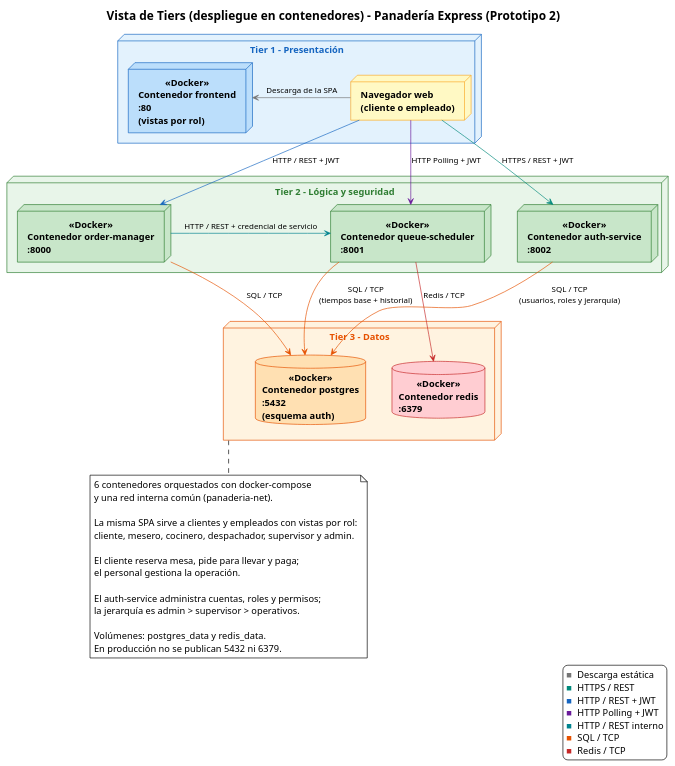
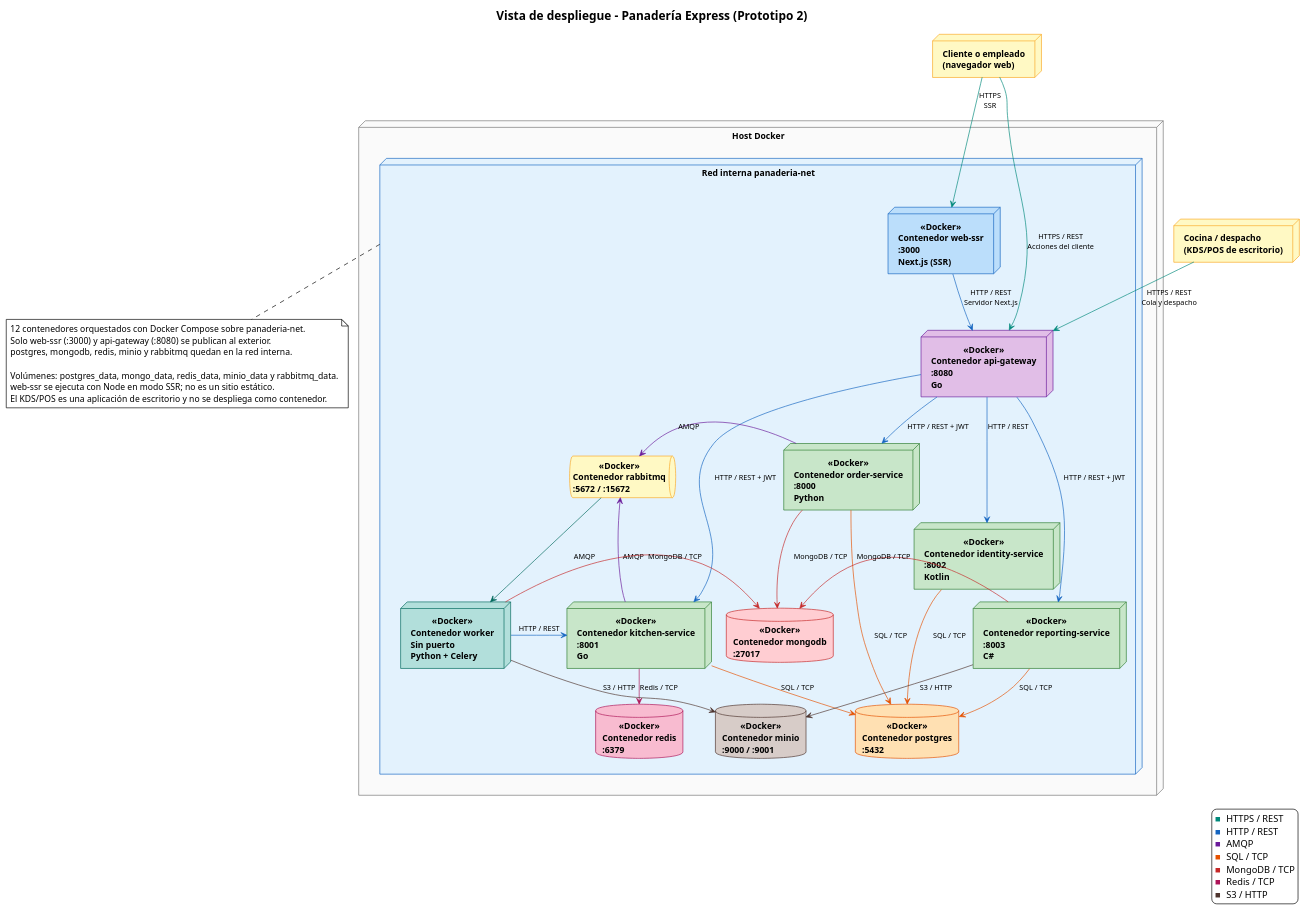
One commit to unal-sw-arch/swarch-2026ii changed the diagram in g3-H-PanTech/docs/tiers_despliegue P2.puml. Above: the diagram before and after it, drawn with PlantUML. The commit also changed 12 other files, not shown here.

First line of the commit message:
docs: redesign prototype 2 architecture for the pdf requirements

```diff
--- a/g3-H-PanTech/docs/tiers_despliegue P2.puml
+++ b/g3-H-PanTech/docs/tiers_despliegue P2.puml
@@ -1,74 +1,96 @@
 @startuml
 !theme plain
 top to bottom direction
 skinparam shadowing false
-skinparam defaultFontSize 14
-skinparam nodesep 40
-skinparam ranksep 55
-skinparam ArrowFontSize 12
+skinparam defaultFontSize 13
+skinparam nodesep 22
+skinparam ranksep 38
+skinparam ArrowFontSize 11
 skinparam titleFontSize 18
 skinparam titleFontStyle bold
 skinparam node {
   FontStyle bold
 }
 skinparam database {
   FontStyle bold
 }
-
-title Vista de Tiers (despliegue en contenedores) - Panadería Express (Prototipo 2)
-
-node "Tier 1 - Presentación" as T1 #E3F2FD;line:1565C0;text:1565C0 {
-  node "Navegador web\n(cliente o empleado)" as Browser #FFF9C4;line:F9A825
-  node "Contenedor frontend\n:80\n(vistas por rol)" as CFront <<Docker>> #BBDEFB;line:1565C0
+skinparam queue {
+  FontStyle bold
 }
 
-node "Tier 2 - Lógica y seguridad" as T2 #E8F5E9;line:2E7D32;text:2E7D32 {
-  node "Contenedor auth-service\n:8002" as CAuth <<Docker>> #C8E6C9;line:2E7D32
-  node "Contenedor order-manager\n:8000" as COrder <<Docker>> #C8E6C9;line:2E7D32
-  node "Contenedor queue-scheduler\n:8001" as CSched <<Docker>> #C8E6C9;line:2E7D32
+title Vista de despliegue - Panadería Express (Prototipo 2)
+
+node "Cliente o empleado\n(navegador web)" as Browser #FFF9C4;line:F9A825
+node "Cocina / despacho\n(KDS/POS de escritorio)" as KDS #FFF9C4;line:F9A825
+
+node "Host Docker" as Host #FAFAFA;line:757575 {
+  node "Red interna panaderia-net" as Net #E3F2FD;line:1565C0 {
+    node "Contenedor web-ssr\n:3000\nNext.js (SSR)" as Web <<Docker>> #BBDEFB;line:1565C0
+    node "Contenedor api-gateway\n:8080\nGo" as GW <<Docker>> #E1BEE7;line:6A1B9A
+
+    node "Contenedor identity-service\n:8002\nKotlin" as Identity <<Docker>> #C8E6C9;line:2E7D32
+    node "Contenedor order-service\n:8000\nPython" as Order <<Docker>> #C8E6C9;line:2E7D32
+    node "Contenedor kitchen-service\n:8001\nGo" as Kitchen <<Docker>> #C8E6C9;line:2E7D32
+    node "Contenedor reporting-service\n:8003\nC#" as Reporting <<Docker>> #C8E6C9;line:2E7D32
+    node "Contenedor worker\nSin puerto\nPython + Celery" as Worker <<Docker>> #B2DFDB;line:00695C
+
+    queue "Contenedor rabbitmq\n:5672 / :15672" as MQ <<Docker>> #FFF9C4;line:F9A825
+
+    database "Contenedor postgres\n:5432" as PG <<Docker>> #FFE0B2;line:E65100
+    database "Contenedor mongodb\n:27017" as Mongo <<Docker>> #FFCDD2;line:C62828
+    database "Contenedor redis\n:6379" as Redis <<Docker>> #F8BBD0;line:AD1457
+    database "Contenedor minio\n:9000 / :9001" as Minio <<Docker>> #D7CCC8;line:4E342E
+  }
 }
 
-node "Tier 3 - Datos" as T3 #FFF3E0;line:E65100;text:E65100 {
-  database "Contenedor postgres\n:5432\n(esquema auth)" as CPg <<Docker>> #FFE0B2;line:E65100
-  database "Contenedor redis\n:6379" as CRedis <<Docker>> #FFCDD2;line:C62828
-}
+' Clientes -> presentación y borde
+Browser -[#00897B]down-> Web : HTTPS\nSSR
+Browser -[#00897B]down-> GW : HTTPS / REST\nAcciones del cliente
+KDS -[#00897B]down-> GW : HTTPS / REST\nCola y despacho
 
-' Conexiones coloreadas por tipo
-Browser -[#757575]left-> CFront : Descarga de la SPA
-Browser -[#00897B]down-> CAuth : HTTPS / REST + JWT
-Browser -[#1565C0]down-> COrder : HTTP / REST + JWT
-Browser -[#6A1B9A]down-> CSched : HTTP Polling + JWT
-COrder -[#00838F]right-> CSched : HTTP / REST + credencial de servicio
-COrder -[#E65100]down-> CPg : SQL / TCP
-CSched -[#E65100]down-> CPg : SQL / TCP\n(tiempos base + historial)
-CSched -[#C62828]down-> CRedis : Redis / TCP
-CAuth -[#E65100]down-> CPg : SQL / TCP\n(usuarios, roles y jerarquía)
+' Presentación -> borde
+Web -[#1565C0]down-> GW : HTTP / REST\nServidor Next.js
 
-note bottom of T3
-  6 contenedores orquestados con docker-compose
-  y una red interna común (panaderia-net).
+' Borde -> lógica
+GW -[#1565C0]down-> Identity : HTTP / REST
+GW -[#1565C0]down-> Order : HTTP / REST + JWT
+GW -[#1565C0]down-> Kitchen : HTTP / REST + JWT
+GW -[#1565C0]down-> Reporting : HTTP / REST + JWT
 
-  La misma SPA sirve a clientes y empleados con vistas por rol:
-  cliente, mesero, cocinero, despachador, supervisor y admin.
+' Lógica -> datos y eventos
+Identity -[#E65100]down-> PG : SQL / TCP
+Order -[#E65100]down-> PG : SQL / TCP
+Order -[#C62828]right-> Mongo : MongoDB / TCP
+Order -[#6A1B9A]right-> MQ : AMQP
+Kitchen -[#E65100]down-> PG : SQL / TCP
+Kitchen -[#AD1457]down-> Redis : Redis / TCP
+Kitchen -[#6A1B9A]left-> MQ : AMQP
+MQ -[#00695C]down-> Worker : AMQP
+Worker -[#1565C0]right-> Kitchen : HTTP / REST
+Worker -[#C62828]left-> Mongo : MongoDB / TCP
+Worker -[#4E342E]down-> Minio : S3 / HTTP
+Reporting -[#E65100]down-> PG : SQL / TCP
+Reporting -[#C62828]left-> Mongo : MongoDB / TCP
+Reporting -[#4E342E]down-> Minio : S3 / HTTP
 
-  El cliente reserva mesa, pide para llevar y paga;
-  el personal gestiona la operación.
+note bottom of Net
+  12 contenedores orquestados con Docker Compose sobre panaderia-net.
+  Solo web-ssr (:3000) y api-gateway (:8080) se publican al exterior.
+  postgres, mongodb, redis, minio y rabbitmq quedan en la red interna.
 
-  El auth-service administra cuentas, roles y permisos;
-  la jerarquía es admin > supervisor > operativos.
-
-  Volúmenes: postgres_data y redis_data.
-  En producción no se publican 5432 ni 6379.
+  Volúmenes: postgres_data, mongo_data, redis_data, minio_data y rabbitmq_data.
+  web-ssr se ejecuta con Node en modo SSR; no es un sitio estático.
+  El KDS/POS es una aplicación de escritorio y no se despliega como contenedor.
 end note
 
 legend right
-  <color:#757575>■</color> Descarga estática
   <color:#00897B>■</color> HTTPS / REST
-  <color:#1565C0>■</color> HTTP / REST + JWT
-  <color:#6A1B9A>■</color> HTTP Polling + JWT
-  <color:#00838F>■</color> HTTP / REST interno
+  <color:#1565C0>■</color> HTTP / REST
+  <color:#6A1B9A>■</color> AMQP
   <color:#E65100>■</color> SQL / TCP
-  <color:#C62828>■</color> Redis / TCP
+  <color:#C62828>■</color> MongoDB / TCP
+  <color:#AD1457>■</color> Redis / TCP
+  <color:#4E342E>■</color> S3 / HTTP
 endlegend
 
 @enduml
```
